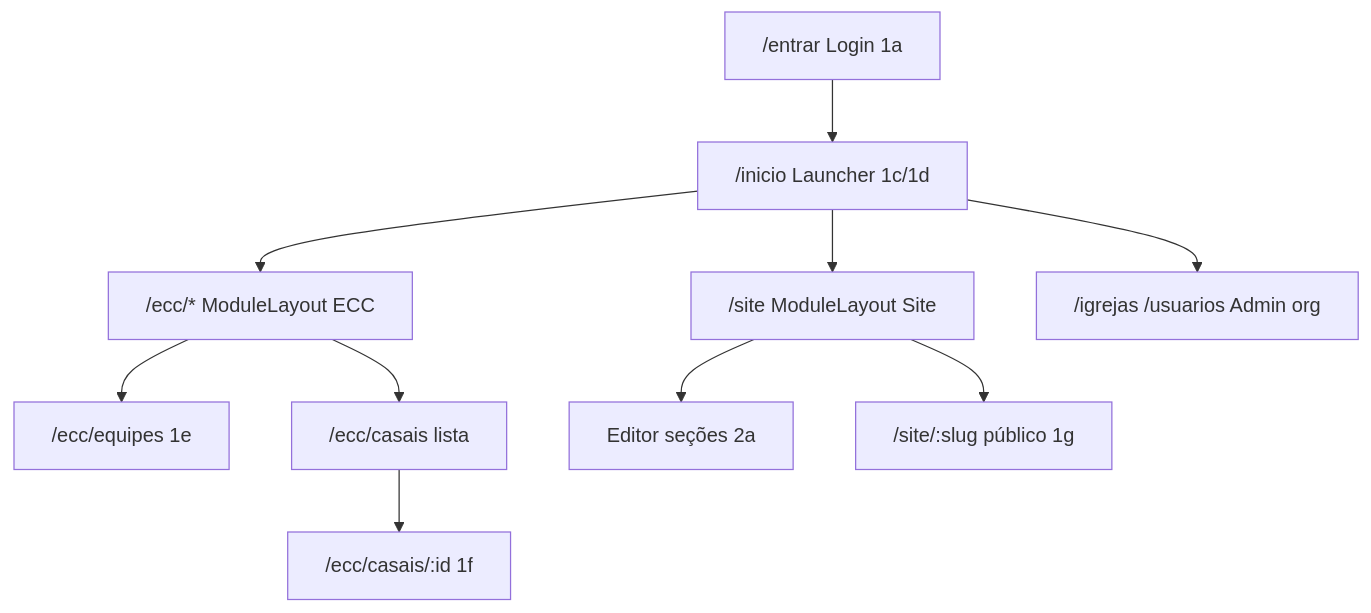
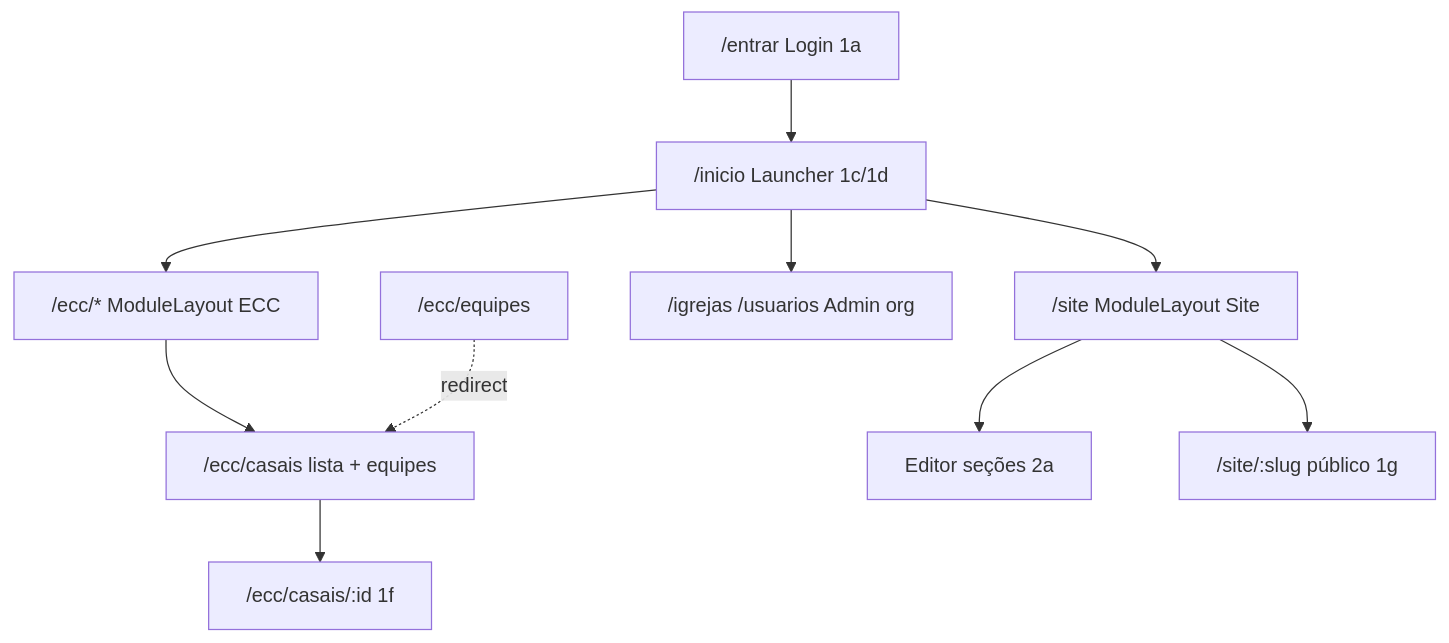
The diagram in docs/plans/PLAN-002-redesign-vinho-launcher-ecc-site.md (elton182/eclesia), drawn with Mermaid before and after one commit. The commit also changed other lines of this file and 19 other files, not shown here.

````diff
--- a/docs/plans/PLAN-002-redesign-vinho-launcher-ecc-site.md
+++ b/docs/plans/PLAN-002-redesign-vinho-launcher-ecc-site.md
@@ -58,12 +58,12 @@
 ```mermaid
 flowchart TB
   login["/entrar Login 1a"] --> launcher["/inicio Launcher 1c/1d"]
   launcher --> ecc["/ecc/* ModuleLayout ECC"]
   launcher --> site["/site ModuleLayout Site"]
   launcher --> adminOrg["/igrejas /usuarios Admin org"]
-  ecc --> equipes["/ecc/equipes 1e"]
-  ecc --> casais["/ecc/casais lista"]
+  ecc --> casais["/ecc/casais lista + equipes"]
   casais --> ficha["/ecc/casais/:id 1f"]
+  casaisOld["/ecc/equipes"] -.->|redirect| casais
   site --> editor["Editor seções 2a"]
   site --> public["/site/:slug público 1g"]
 ```
````
